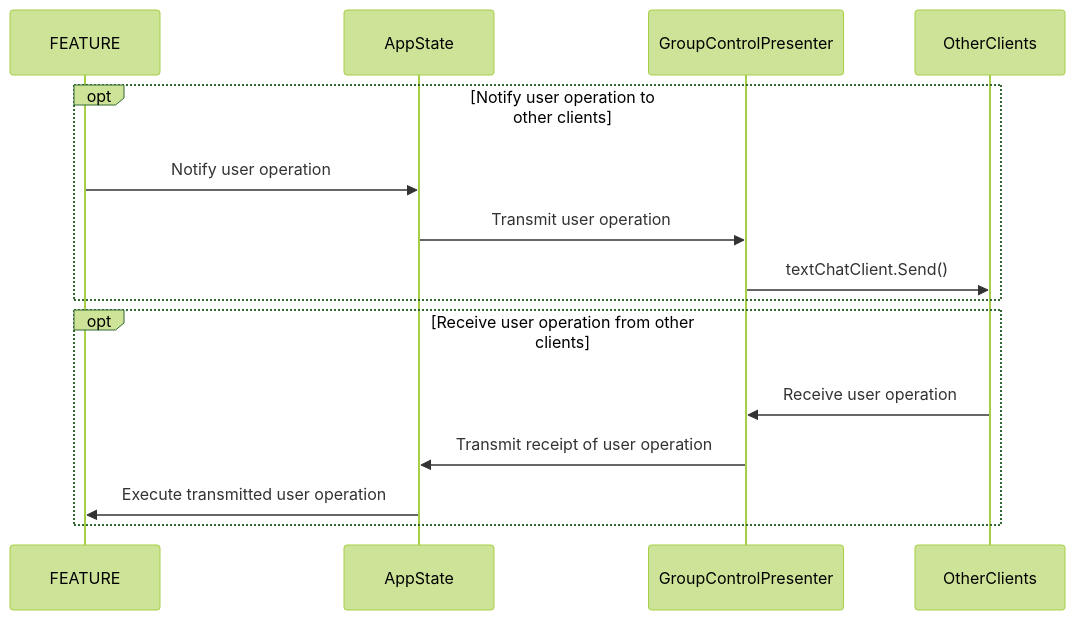
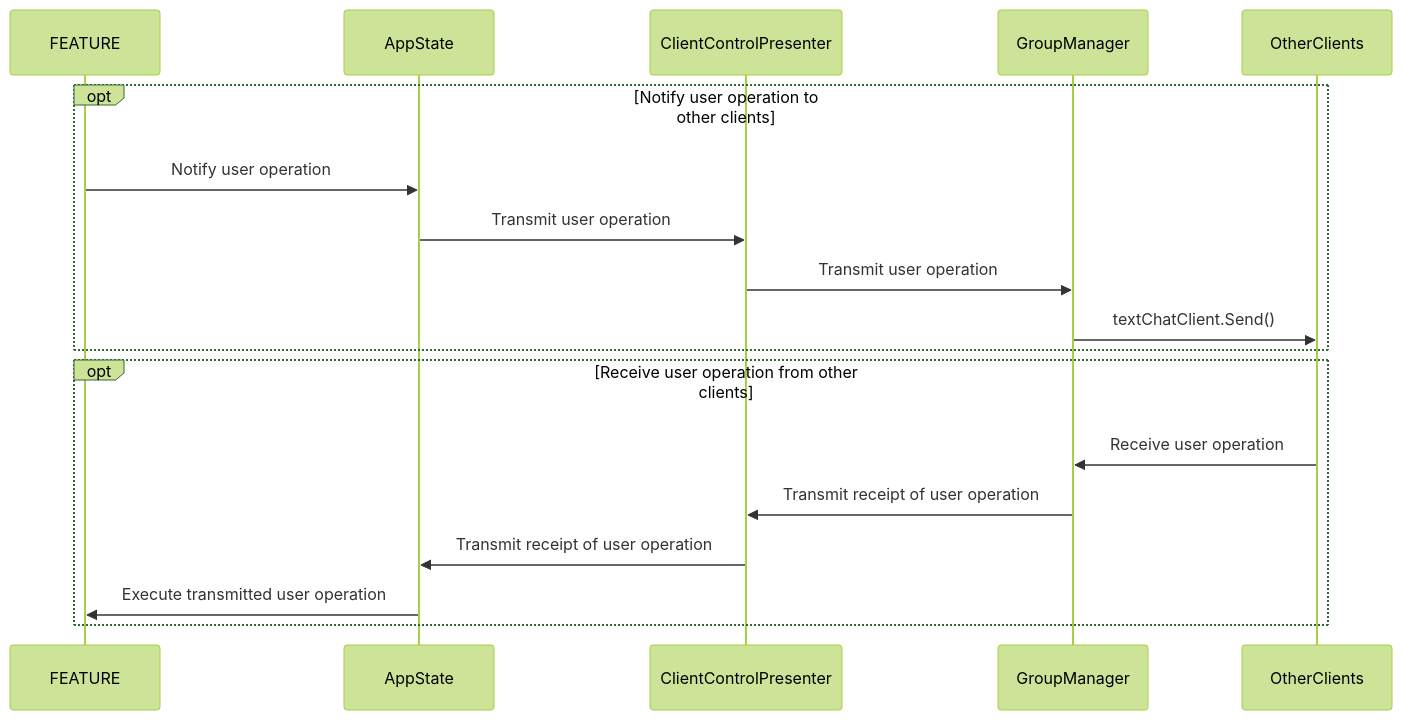
The first of 3 diagrams in docs/sample-app/dev-guide.md (extreal-dev/Extreal.Guide), drawn with Mermaid (forest theme) before and after one commit. The commit also changed 3 other files, not shown here.

````diff
--- a/docs/sample-app/dev-guide.md
+++ b/docs/sample-app/dev-guide.md
@@ -612,19 +612,22 @@
 ```mermaid
 sequenceDiagram
 
 participant FEATURE
 participant AppState
-participant GroupControlPresenter
+participant ClientControlPresenter
+participant GroupManager
 participant OtherClients
 
 opt Notify user operation to other clients
   FEATURE ->> AppState : Notify user operation
-  AppState ->> GroupControlPresenter : Transmit user operation
-  GroupControlPresenter ->> OtherClients : textChatClient.Send()
+  AppState ->> ClientControlPresenter : Transmit user operation
+  ClientControlPresenter ->> GroupManager : Transmit user operation
+  GroupManager ->> OtherClients : textChatClient.Send()
 end
 opt Receive user operation from other clients
-  OtherClients ->> GroupControlPresenter : Receive user operation
-  GroupControlPresenter ->> AppState : Transmit receipt of user operation
+  OtherClients ->> GroupManager : Receive user operation
+  GroupManager ->> ClientControlPresenter : Transmit receipt of user operation
+  ClientControlPresenter ->> AppState : Transmit receipt of user operation
   AppState ->> FEATURE : Execute transmitted user operation
 end
 ```
````
